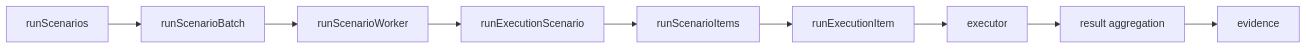
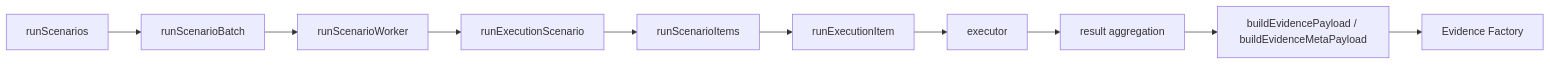
Before and after one commit to vijaytomar81/AZOnline: the third of 3 diagrams in src/frameworkCore/executionLayer/README.md, drawn with Mermaid. The commit also changed other lines of this file, not shown here.

````diff
--- a/src/frameworkCore/executionLayer/README.md
+++ b/src/frameworkCore/executionLayer/README.md
@@ -372,22 +391,24 @@
-~~~mermaid
+```mermaid
 flowchart LR
 
     A[runScenarios]
     B[runScenarioBatch]
     C[runScenarioWorker]
     D[runExecutionScenario]
     E[runScenarioItems]
     F[runExecutionItem]
     G[executor]
     H[result aggregation]
-    I[evidence]
+    I[buildEvidencePayload / buildEvidenceMetaPayload]
+    J[Evidence Factory]
 
     A --> B
     B --> C
     C --> D
     D --> E
     E --> F
     F --> G
     G --> H
     H --> I
-~~~
+    I --> J
+```
````
